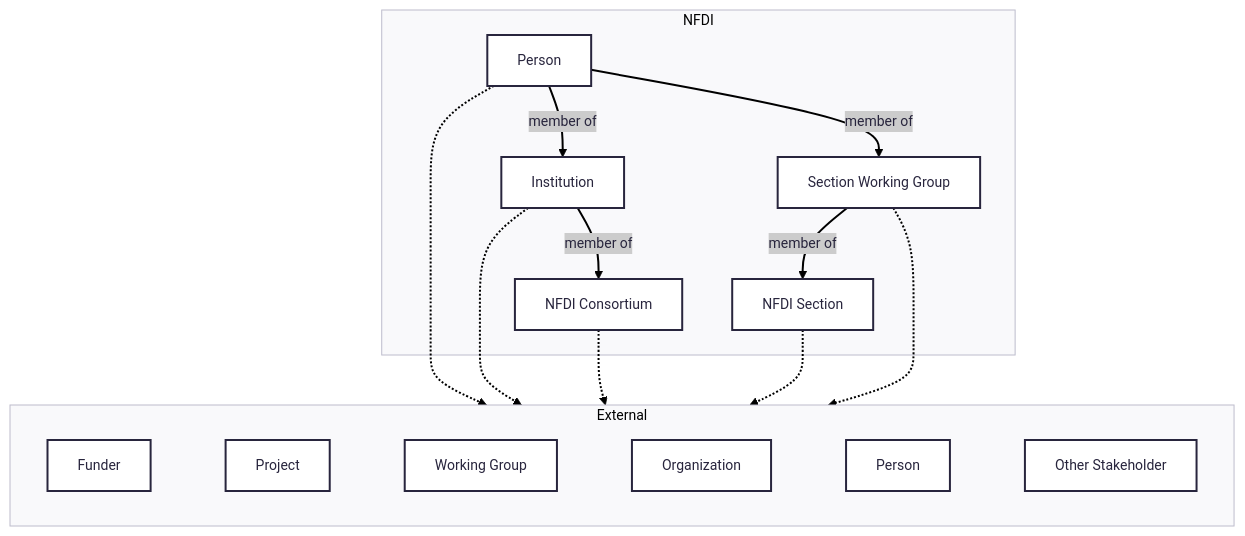
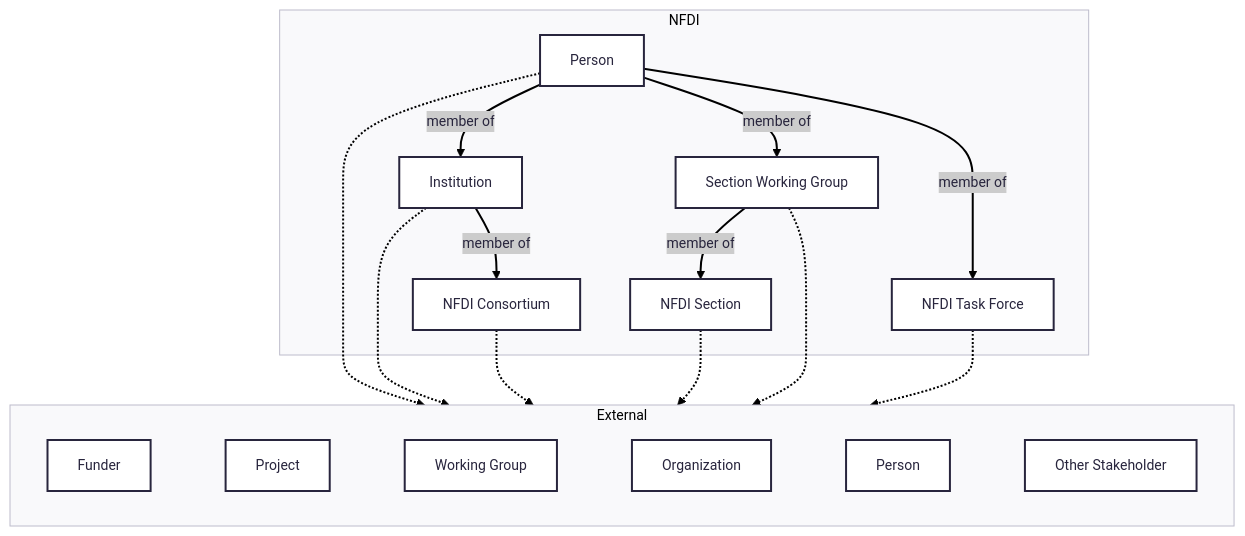
Before and after one commit to nfdi-de/section-int-wg-landscape: the diagram in README.md, drawn with Mermaid.

````diff
--- a/README.md
+++ b/README.md
@@ -19,30 +19,32 @@
 ```mermaid
 ---
 config:
       theme: redux
 ---
 graph TB
 
     internalPerson[Person] -.-> external
     internalInstitution[Institution] -.->  external
     internalConsortium[NFDI Consortium] -.-> external
     internalSection[NFDI Section] -.-> external
     internalWG[Section Working Group] -.-> external
+    internalTF[NFDI Task Force] -.-> external
 
     subgraph external [External]
         funder[Funder]
         project[Project]
         workingGroup[Working Group]
         organization[Organization]
         externalPerson[Person]
         externalOther[Other Stakeholder]
 
         funder ~~~ project ~~~ workingGroup ~~~ organization ~~~ externalPerson~~~ externalOther
 
     end
 
     subgraph internal [NFDI]
         internalPerson -- member of --> internalInstitution -- member of --> internalConsortium
         internalPerson -- member of --> internalWG -- member of --> internalSection
+        internalPerson -- member of --> internalTF
     end
 ```
````
